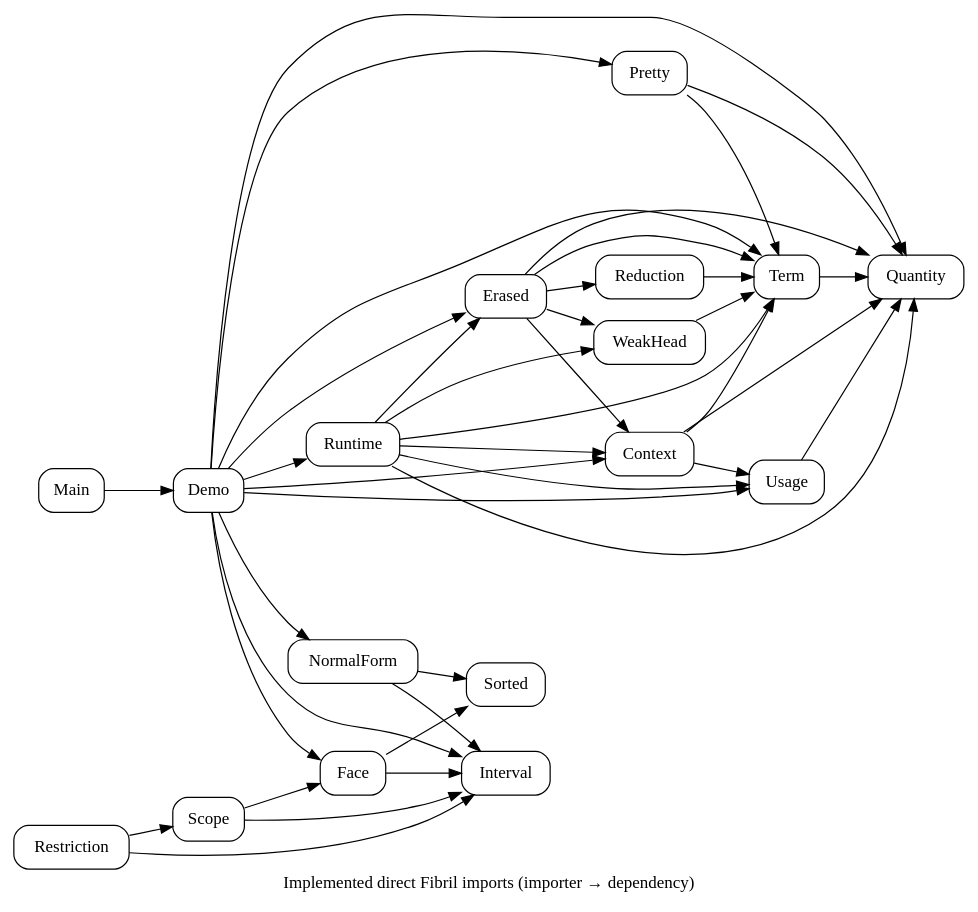
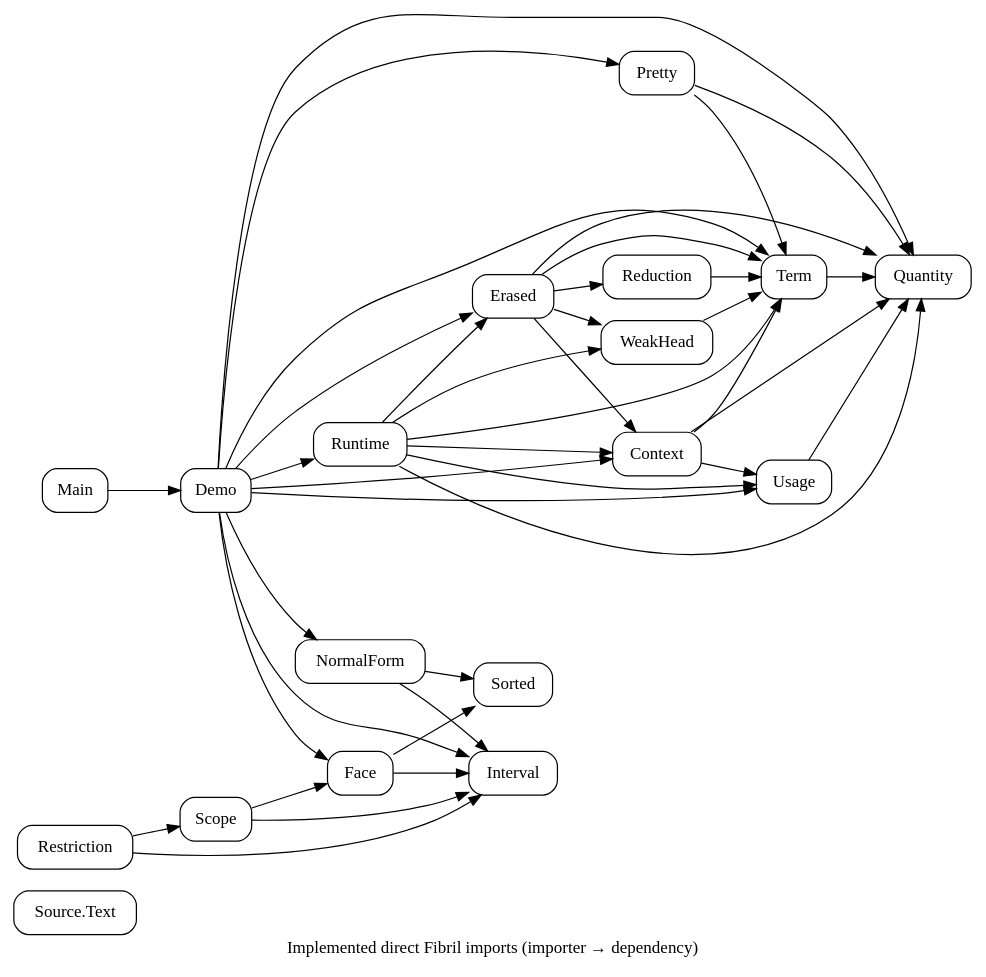
One commit to odunboye/fibril changed the diagram in docs/diagrams/modules.dot. Above: the diagram before and after it, drawn with Graphviz. The commit also changed 13 other files, not shown here.

```diff
--- a/docs/diagrams/modules.dot
+++ b/docs/diagrams/modules.dot
@@ -1,14 +1,15 @@
 digraph Modules {
 rankdir=LR; node [shape=box,style=rounded];
+"Source.Text";
 Quantity; Interval; NormalForm; Face; Scope; Restriction; Term;
 NormalForm -> {Interval Sorted}; Face -> {Interval Sorted};
 Scope -> {Interval Face}; Restriction -> {Interval Scope};
 Demo -> {Quantity Term Context Usage Pretty Erased Runtime Interval NormalForm Face};
 Main -> Demo;
 Pretty -> {Quantity Term};
 Term -> Quantity; Usage -> Quantity; Context -> {Quantity Term Usage};
 Reduction -> Term; WeakHead -> Term;
 Erased -> {Quantity Term Context Reduction WeakHead};
 Runtime -> {Quantity Term Context Usage WeakHead Erased};
 label="Implemented direct Fibril imports (importer → dependency)";
 }
```
